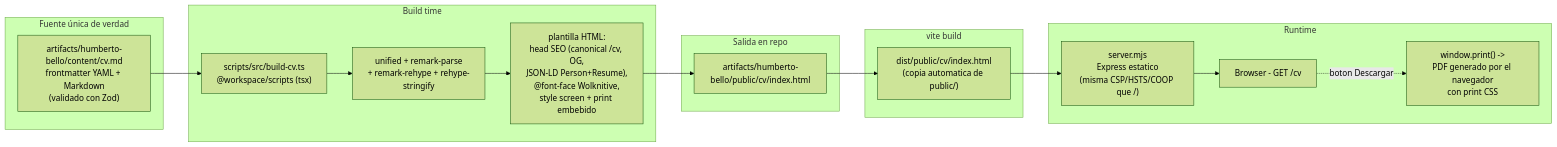
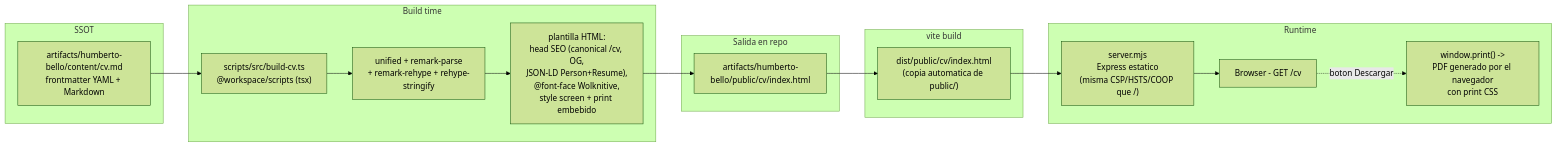
One commit to humbertobellor/dossier changed the eighth of 9 diagrams in architecture.md. Above: the diagram before and after it, drawn with Mermaid (forest theme). The commit also changed other lines of this file, not shown here.

First line of the commit message:
docs(architecture): strip decision/assumption commentary

````diff
--- a/architecture.md
+++ b/architecture.md
@@ -415,34 +403,34 @@
 ```mermaid
 flowchart LR
-    subgraph Source["Fuente única de verdad"]
-        MD["artifacts/humberto-bello/content/cv.md<br/>frontmatter YAML + Markdown<br/>(validado con Zod)"]
+    subgraph Source["SSOT"]
+        MD["artifacts/humberto-bello/content/cv.md<br/>frontmatter YAML + Markdown"]
     end
 
     subgraph BuildTime["Build time"]
         BCV["scripts/src/build-cv.ts<br/>@workspace/scripts (tsx)"]
         UNIFIED["unified + remark-parse<br/>+ remark-rehype + rehype-stringify"]
         TPL["plantilla HTML:<br/>head SEO (canonical /cv, OG,<br/>JSON-LD Person+Resume),<br/>@font-face Wolknitive,<br/>style screen + print embebido"]
         BCV --> UNIFIED --> TPL
     end
 
     subgraph Output["Salida en repo"]
         PUB["artifacts/humberto-bello/public/cv/index.html"]
     end
 
     subgraph Vite["vite build"]
         DIST["dist/public/cv/index.html<br/>(copia automatica de public/)"]
     end
 
     subgraph Runtime["Runtime"]
         SRV["server.mjs<br/>Express estatico<br/>(misma CSP/HSTS/COOP que /)"]
         BR["Browser - GET /cv"]
         PRT["window.print() -><br/>PDF generado por el navegador<br/>con print CSS"]
     end
 
     MD --> BCV
     TPL --> PUB
     PUB --> DIST
     DIST --> SRV
     SRV --> BR
     BR -.boton Descargar.-> PRT
 ```
````
